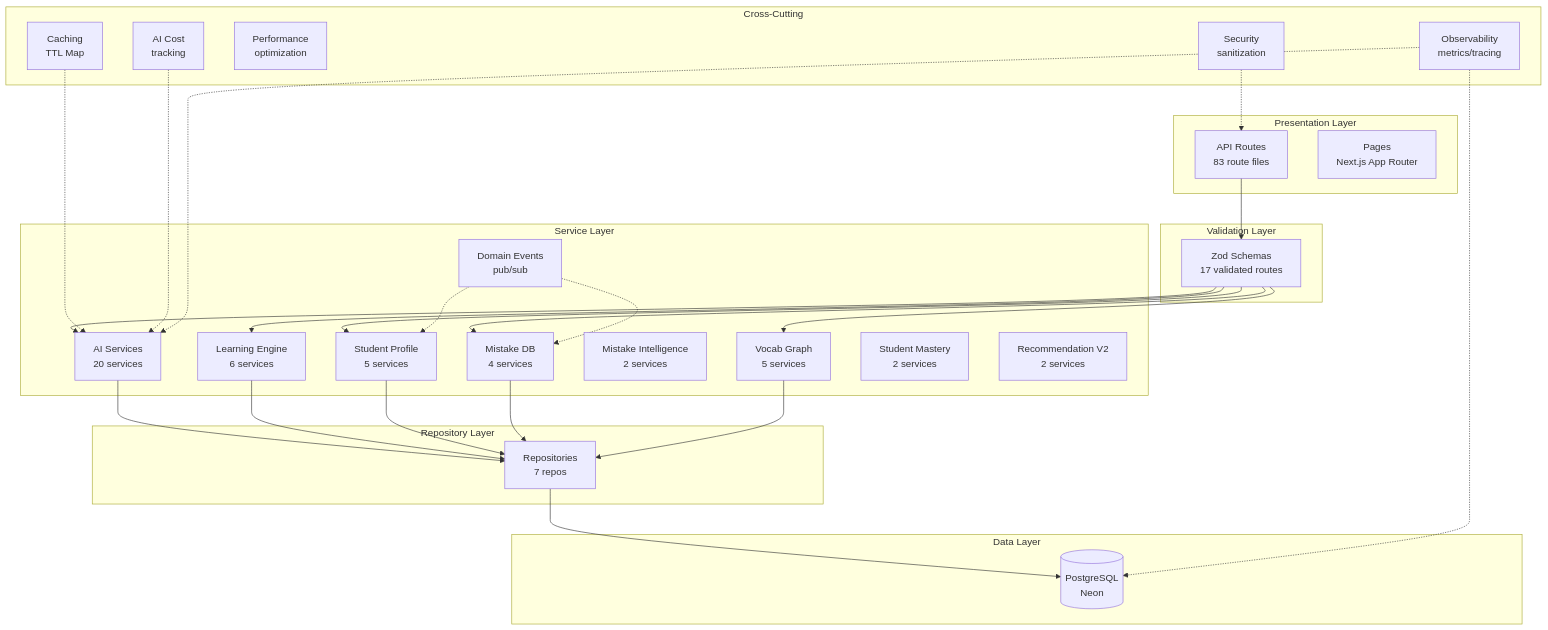
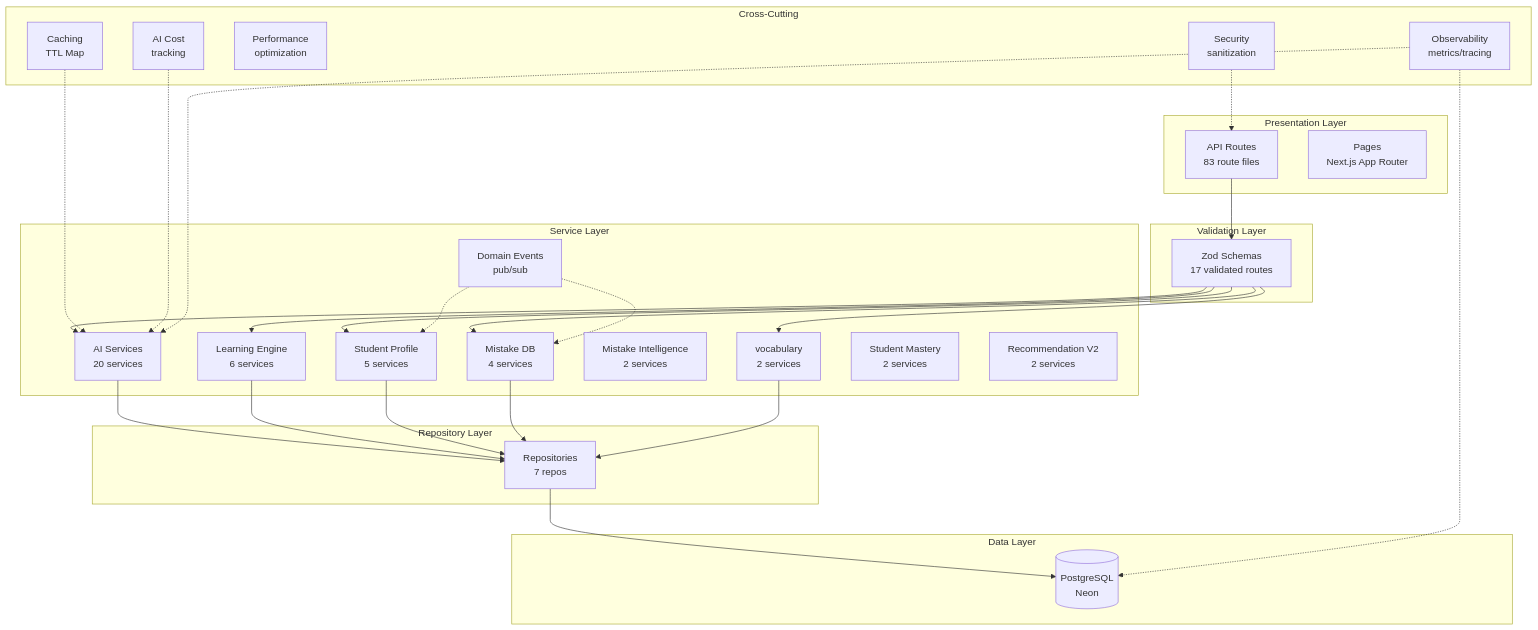
The first of 3 diagrams in docs/ARCHITECTURE.md (ipwh/ai-english-platform), drawn with Mermaid before and after one commit. The commit also changed other lines of this file and 3 other files, not shown here.

Commit message:
v4.2 Docs: Update README (v4.2 status, 36 modules, 51 test files), CHANGELOG (full v4.2 entry), ARCHITECTURE (remove vocab-graph/events/learning-facade), CLAUDE.md (accurate counts)

````diff
--- a/docs/ARCHITECTURE.md
+++ b/docs/ARCHITECTURE.md
@@ -8,60 +8,60 @@
 ```mermaid
 graph TB
     subgraph "Presentation Layer"
         ROUTES[API Routes<br/>83 route files]
         PAGES[Pages<br/>Next.js App Router]
     end
 
     subgraph "Validation Layer"
         ZOD[Zod Schemas<br/>17 validated routes]
     end
 
     subgraph "Service Layer"
         AI[AI Services<br/>20 services]
         LEARNING[Learning Engine<br/>6 services]
         PROFILE[Student Profile<br/>5 services]
         MISTAKE[Mistake DB<br/>4 services]
         MISTAKE_INTEL[Mistake Intelligence<br/>2 services]
-        VOCAB[Vocab Graph<br/>5 services]
+        VOCAB[vocabulary<br/>2 services]
         MASTERY[Student Mastery<br/>2 services]
         RECO_V2[Recommendation V2<br/>2 services]
         EVENTS[Domain Events<br/>pub/sub]
     end
 
     subgraph "Repository Layer"
         REPO[Repositories<br/>7 repos]
     end
 
     subgraph "Data Layer"
         DB[(PostgreSQL<br/>Neon)]
     end
 
     subgraph "Cross-Cutting"
         CACHE[Caching<br/>TTL Map]
         COST[AI Cost<br/>tracking]
         PERF[Performance<br/>optimization]
         SEC[Security<br/>sanitization]
         OBS[Observability<br/>metrics/tracing]
     end
 
     ROUTES --> ZOD
     ZOD --> AI
     ZOD --> LEARNING
     ZOD --> PROFILE
     ZOD --> MISTAKE
     ZOD --> VOCAB
     AI --> REPO
     LEARNING --> REPO
     PROFILE --> REPO
     MISTAKE --> REPO
     VOCAB --> REPO
     REPO --> DB
 
     EVENTS -.-> PROFILE
     EVENTS -.-> MISTAKE
     CACHE -.-> AI
     COST -.-> AI
     SEC -.-> ROUTES
     OBS -.-> AI
     OBS -.-> DB
 ```
````
